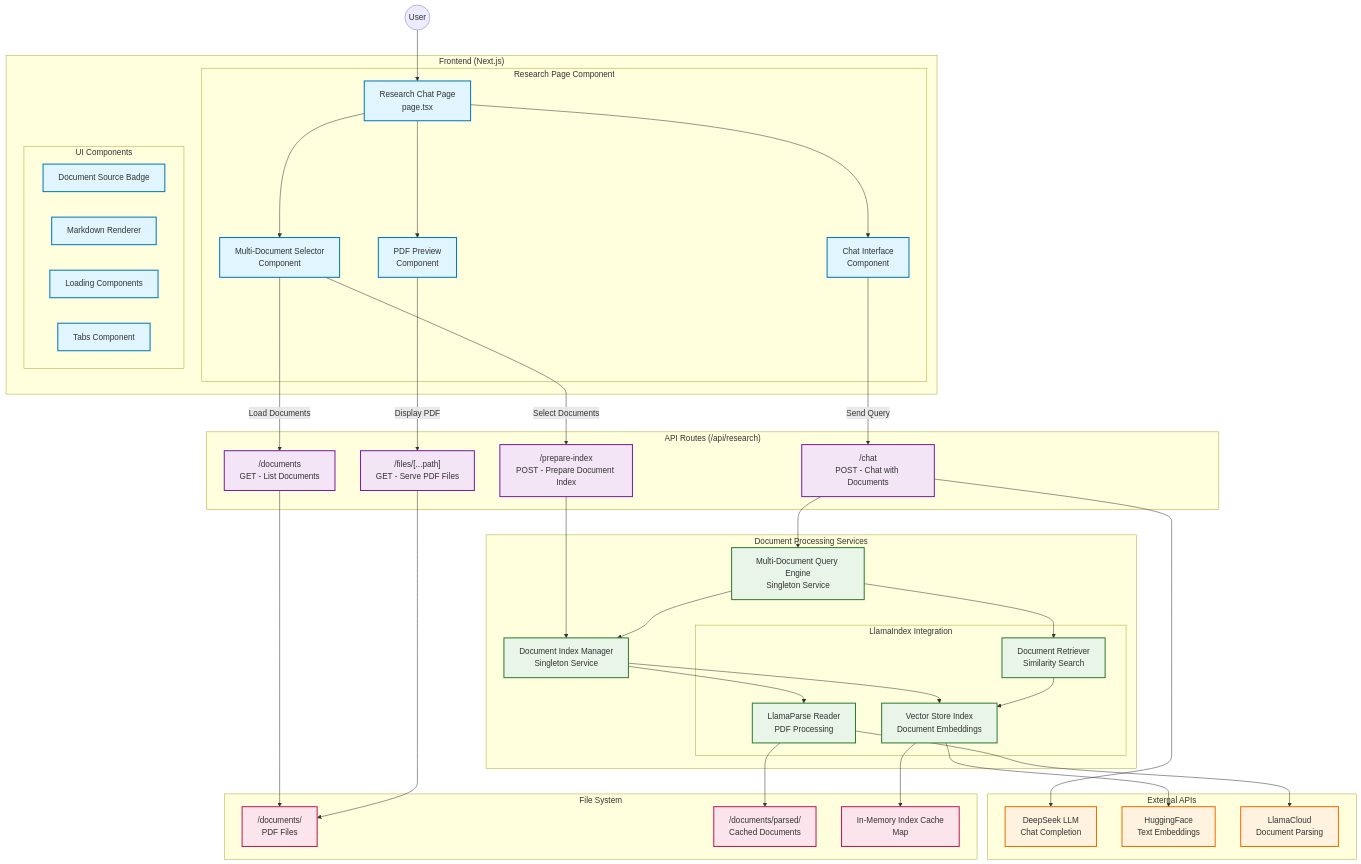
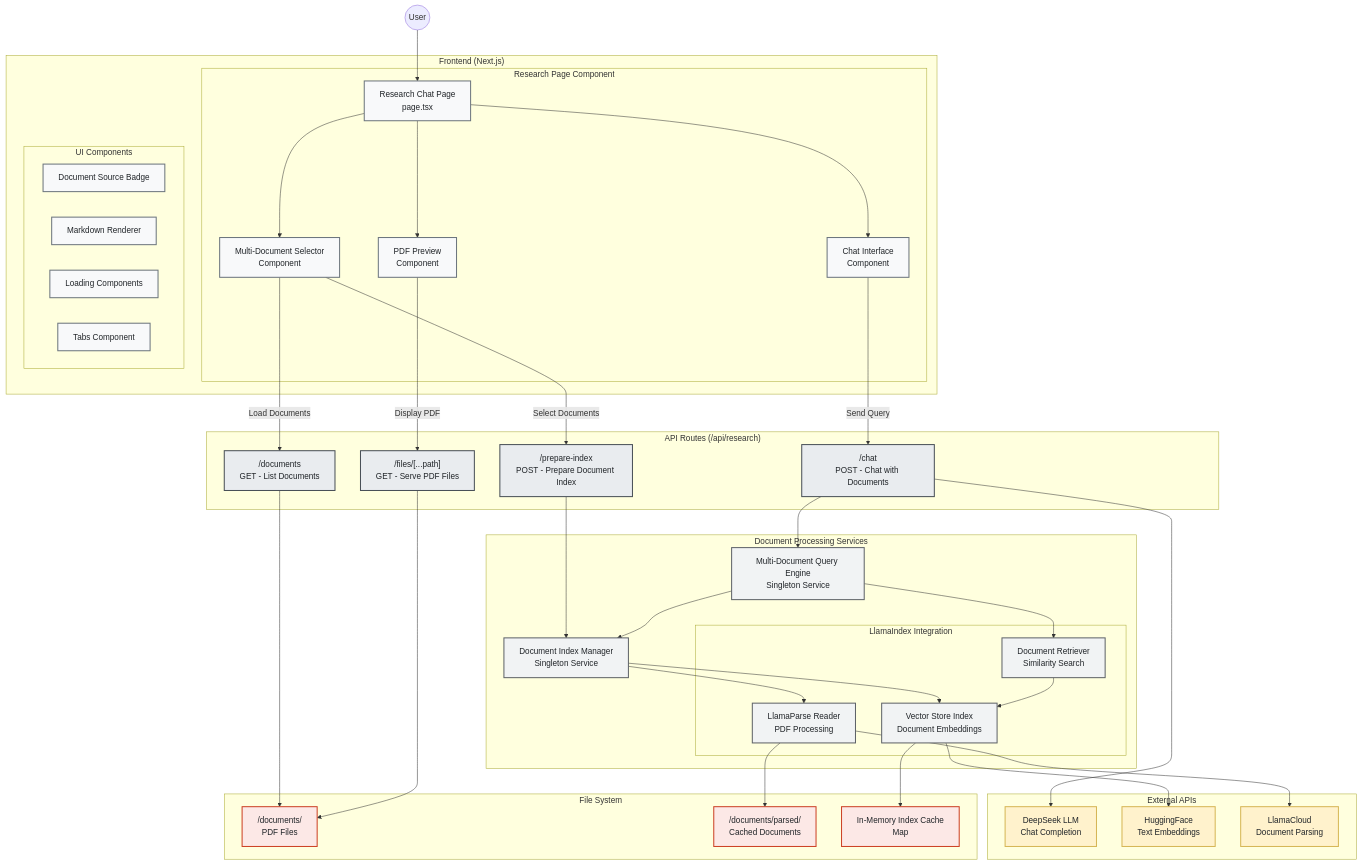
The diagram in docs/SYSTEM_ARCHITECTURE.md (apache/incubator-resilientdb), drawn with Mermaid before and after one commit.

Commit message:
Update system architecture documentation to implement dark mode agnostic styling for improved readability and accessibility across components.

```diff
--- a/docs/SYSTEM_ARCHITECTURE.md
+++ b/docs/SYSTEM_ARCHITECTURE.md
@@ -87,12 +87,12 @@
     Preview -->|"Display PDF"| FileAPI
     FileAPI --> Docs
 
-    %% Styling
-    classDef frontend fill:#e1f5fe,stroke:#0277bd,stroke-width:2px
-    classDef api fill:#f3e5f5,stroke:#7b1fa2,stroke-width:2px
-    classDef service fill:#e8f5e8,stroke:#2e7d32,stroke-width:2px
-    classDef external fill:#fff3e0,stroke:#ef6c00,stroke-width:2px
-    classDef storage fill:#fce4ec,stroke:#c2185b,stroke-width:2px
+    %% Dark Mode Agnostic Styling
+    classDef frontend fill:#f8f9fa,stroke:#6c757d,stroke-width:2px,color:#212529
+    classDef api fill:#e9ecef,stroke:#495057,stroke-width:2px,color:#212529
+    classDef service fill:#f1f3f4,stroke:#5f6368,stroke-width:2px,color:#212529
+    classDef external fill:#fff2cc,stroke:#d6b656,stroke-width:2px,color:#212529
+    classDef storage fill:#fce8e6,stroke:#cc4125,stroke-width:2px,color:#212529
 
     class UI,MDS,Chat,Preview,Badge,MarkdownComp,Loader,Tabs frontend
     class DocAPI,PrepAPI,ChatAPI,FileAPI api
```
